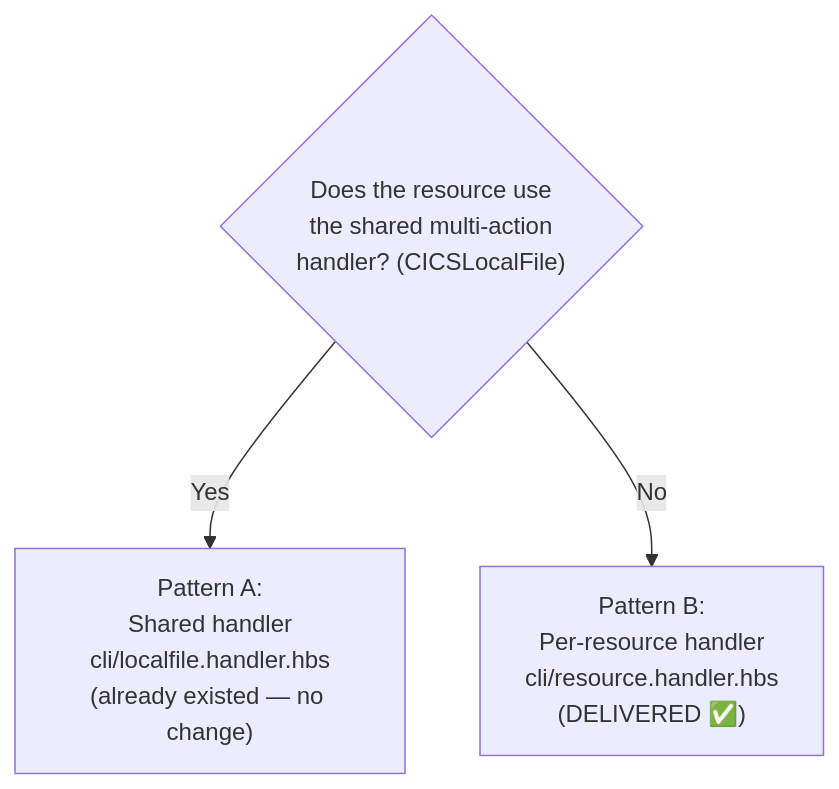
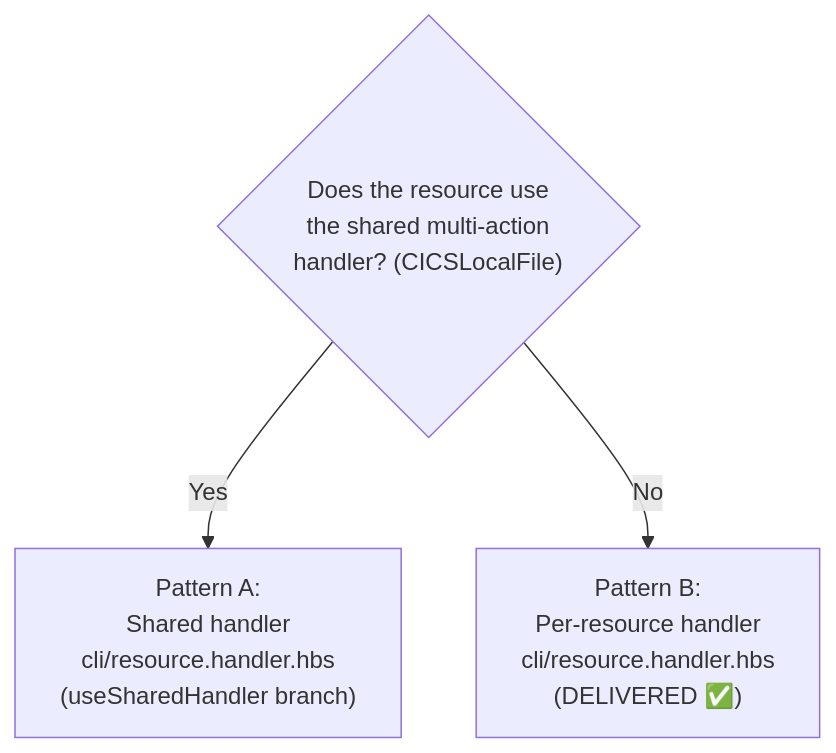
The fifth of 13 diagrams in codegen/docs/CLI_CODEGEN_ROADMAP.md (zowe/cics-for-zowe-client), drawn with Mermaid before and after one commit. The commit also changed other lines of this file and 8 other files, not shown here.

````diff
--- a/codegen/docs/CLI_CODEGEN_ROADMAP.md
+++ b/codegen/docs/CLI_CODEGEN_ROADMAP.md
@@ -205,6 +204,6 @@
 ```mermaid
 graph TD
     Q{"Does the resource use\nthe shared multi-action\nhandler? (CICSLocalFile)"}
-    Q -->|Yes| PA["Pattern A:\nShared handler\ncli/localfile.handler.hbs\n(already existed — no change)"]
+    Q -->|Yes| PA["Pattern A:\nShared handler\ncli/resource.handler.hbs\n(useSharedHandler branch)"]
     Q -->|No| PB["Pattern B:\nPer-resource handler\ncli/resource.handler.hbs\n(DELIVERED ✅)"]
 ```
````
